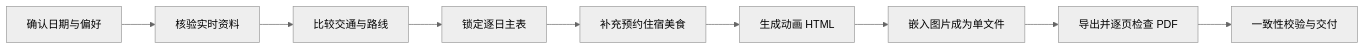
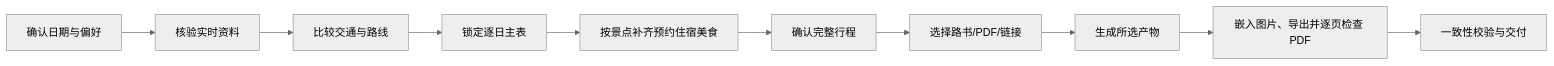
Before and after one commit to 15297845647/travel-roadbook-builder: the diagram in README.md, drawn with Mermaid (neutral theme). The commit also changed other lines of this file and 19 other files, not shown here.

````diff
--- a/README.md
+++ b/README.md
@@ -73,11 +80,12 @@
 ```mermaid
 flowchart LR
     A[确认日期与偏好] --> B[核验实时资料]
     B --> C[比较交通与路线]
     C --> D[锁定逐日主表]
-    D --> E[补充预约住宿美食]
-    E --> F[生成动画 HTML]
-    F --> G[嵌入图片成为单文件]
-    G --> H[导出并逐页检查 PDF]
-    H --> I[一致性校验与交付]
+    D --> E[按景点补齐预约住宿美食]
+    E --> F[确认完整行程]
+    F --> G[选择路书/PDF/链接]
+    G --> H[生成所选产物]
+    H --> I[嵌入图片、导出并逐页检查 PDF]
+    I --> J[一致性校验与交付]
 ```
````
